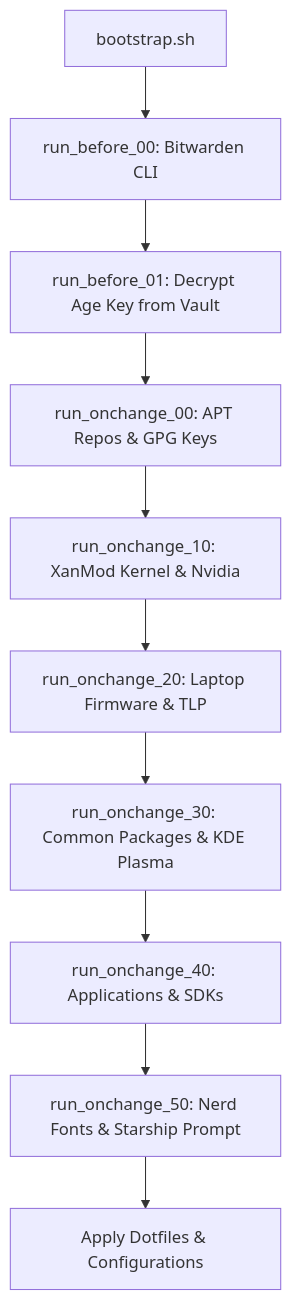
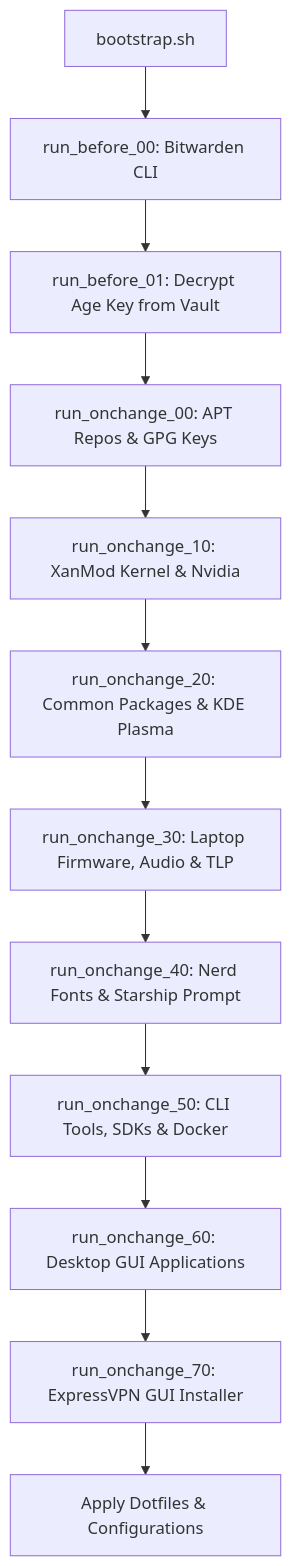
The diagram in README.md (yury-smirnov87/dotfiles), drawn with Mermaid before and after one commit. The commit also changed other lines of this file and 20 other files, not shown here.

````diff
--- a/README.md
+++ b/README.md
@@ -123,12 +128,14 @@
 ```mermaid
 flowchart TD
     A[bootstrap.sh] --> B[run_before_00: Bitwarden CLI]
     B --> C[run_before_01: Decrypt Age Key from Vault]
     C --> D[run_onchange_00: APT Repos & GPG Keys]
     D --> E[run_onchange_10: XanMod Kernel & Nvidia]
-    E --> F[run_onchange_20: Laptop Firmware & TLP]
-    F --> G[run_onchange_30: Common Packages & KDE Plasma]
-    G --> H[run_onchange_40: Applications & SDKs]
-    H --> I[run_onchange_50: Nerd Fonts & Starship Prompt]
-    I --> J[Apply Dotfiles & Configurations]
+    E --> F[run_onchange_20: Common Packages & KDE Plasma]
+    F --> G[run_onchange_30: Laptop Firmware, Audio & TLP]
+    G --> H[run_onchange_40: Nerd Fonts & Starship Prompt]
+    H --> I[run_onchange_50: CLI Tools, SDKs & Docker]
+    I --> J[run_onchange_60: Desktop GUI Applications]
+    J --> K[run_onchange_70: ExpressVPN GUI Installer]
+    K --> L[Apply Dotfiles & Configurations]
 ```
````
